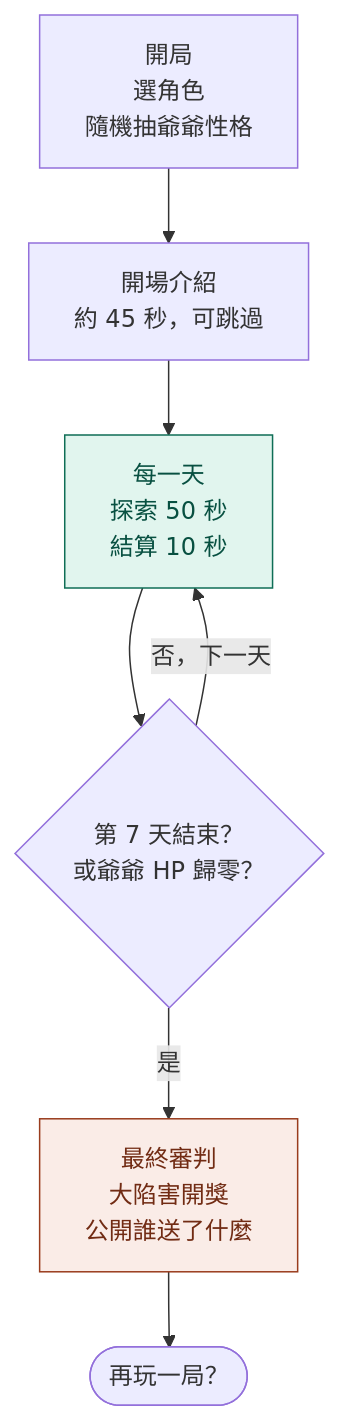
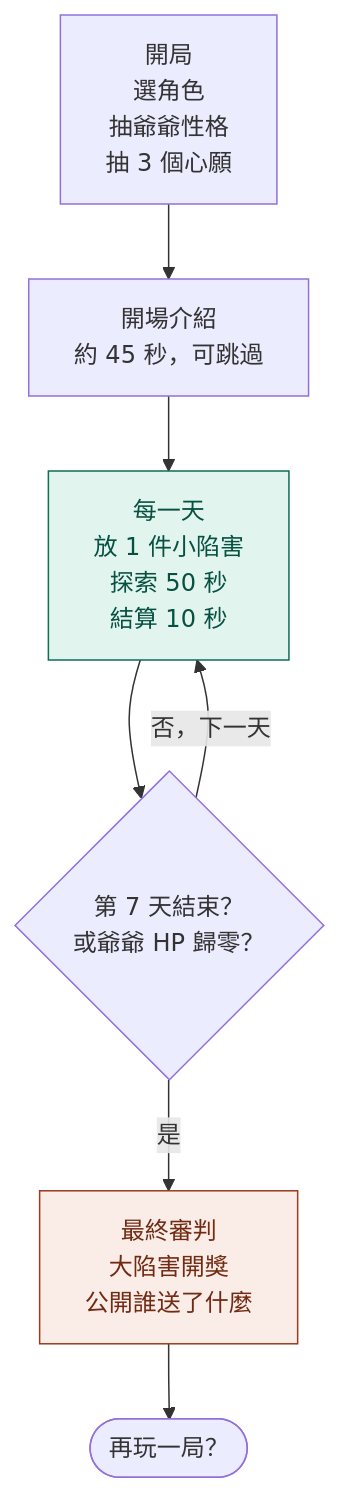
Before and after one commit to wl01256060/grandpa-not-dead: the first of 3 diagrams in docs/1-preproduction/flow.md, drawn with Mermaid. The commit also changed other lines of this file and 20 other files, not shown here.

````diff
--- a/docs/1-preproduction/flow.md
+++ b/docs/1-preproduction/flow.md
@@ -9,13 +9,13 @@
 ```mermaid
 flowchart TD
-  A["開局<br/>選角色<br/>隨機抽爺爺性格"] --> B["開場介紹<br/>約 45 秒，可跳過"]
-  B --> C["每一天<br/>探索 50 秒<br/>結算 10 秒"]
+  A["開局<br/>選角色<br/>抽爺爺性格<br/>抽 3 個心願"] --> B["開場介紹<br/>約 45 秒，可跳過"]
+  B --> C["每一天<br/>放 1 件小陷害<br/>探索 50 秒<br/>結算 10 秒"]
   C --> D{"第 7 天結束？<br/>或爺爺 HP 歸零？"}
   D -- 否，下一天 --> C
   D -- 是 --> E["最終審判<br/>大陷害開獎<br/>公開誰送了什麼"]
   E --> F(["再玩一局？"])
   class C day
   class E trap
   classDef day fill:#E1F5EE,stroke:#0F6E56,color:#085041
   classDef trap fill:#FAECE7,stroke:#993C1D,color:#712B13
 ```
````
